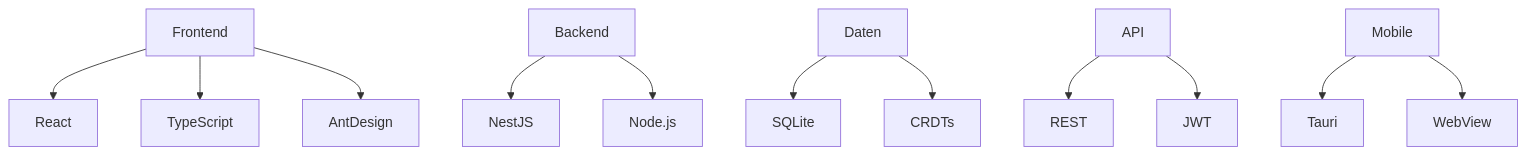
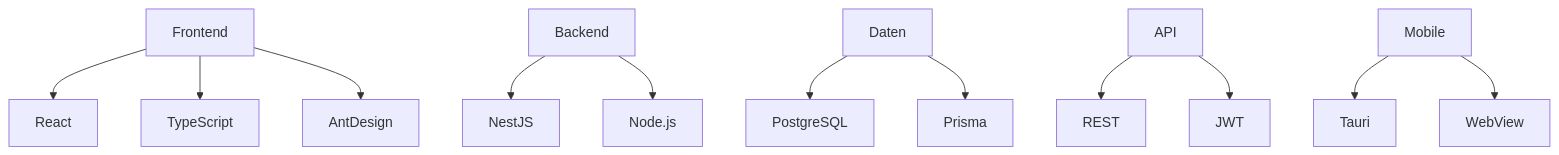
The fifth of 7 diagrams in docs/architecture/99-architecture-canvas.adoc (bluelight-hub/app), drawn with Mermaid before and after one commit. The commit also changed other lines of this file and 49 other files, not shown here.

```diff
--- a/docs/architecture/99-architecture-canvas.adoc
+++ b/docs/architecture/99-architecture-canvas.adoc
@@ -147,9 +147,9 @@
 [mermaid]
 ....
 flowchart TB
     Frontend --> React & TypeScript & AntDesign
     Backend --> NestJS & Node.js
-    Daten --> SQLite & CRDTs
+    Daten --> PostgreSQL & Prisma
     API --> REST & JWT
     Mobile --> Tauri & WebView
 ....
```
